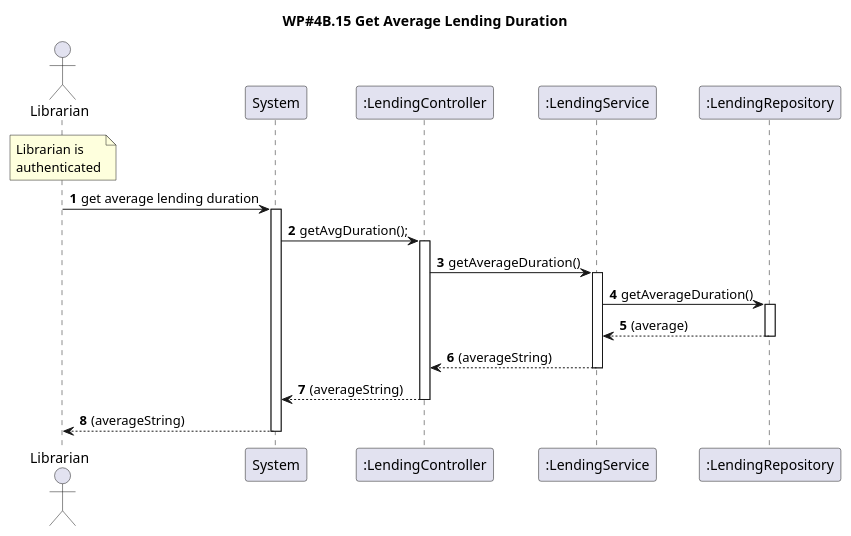
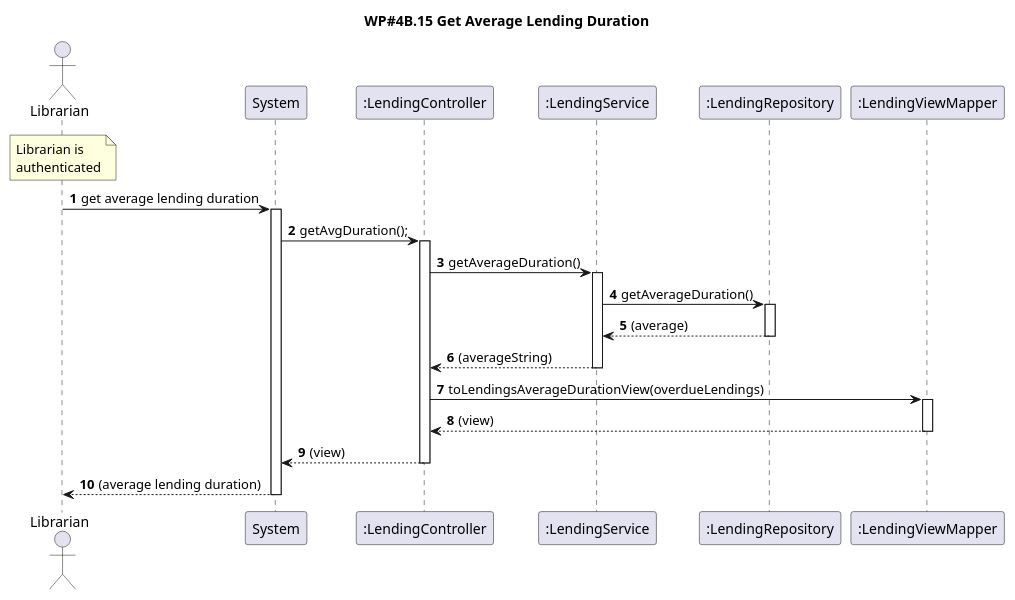
The diagram in Docs/Phase2/WP4B-Lendings/Ph2-15-GetAverageDuration/Ph2-15-GetAverageDuration-SD.puml (rutemf/1220944_1220772_G01), drawn with PlantUML before and after one commit. The commit also changed 8 other files, not shown here.

Commit message:
US 15 - Fixed controller getAverageLendingsDuration, fixed repo test method

```diff
--- a/Docs/Phase2/WP4B-Lendings/Ph2-15-GetAverageDuration/Ph2-15-GetAverageDuration-SD.puml
+++ b/Docs/Phase2/WP4B-Lendings/Ph2-15-GetAverageDuration/Ph2-15-GetAverageDuration-SD.puml
@@ -1,27 +1,31 @@
 @startuml
 'https://plantuml.com/sequence-diagram
 autoactivate on
 autonumber
 
 title WP#4B.15 Get Average Lending Duration
 
 actor "Librarian" as Librarian
 participant "System" as System
 participant ":LendingController" as Ctrl
 participant ":LendingService" as Service
 participant ":LendingRepository" as LendingRepo
+participant ":LendingViewMapper" as Mapper
+
 
 note over Librarian : Librarian is\nauthenticated
 
 Librarian -> System: get average lending duration
 
 System -> Ctrl: getAvgDuration();
 
 Ctrl -> Service: getAverageDuration()
 Service -> LendingRepo: getAverageDuration()
 LendingRepo --> Service: (average)
 Service --> Ctrl: (averageString)
-Ctrl --> System: (averageString)
-System --> Librarian: (averageString)
+Ctrl -> Mapper: toLendingsAverageDurationView(overdueLendings)
+Mapper --> Ctrl: (view)
+Ctrl --> System: (view)
+System --> Librarian: (average lending duration)
 
 @enduml
```
